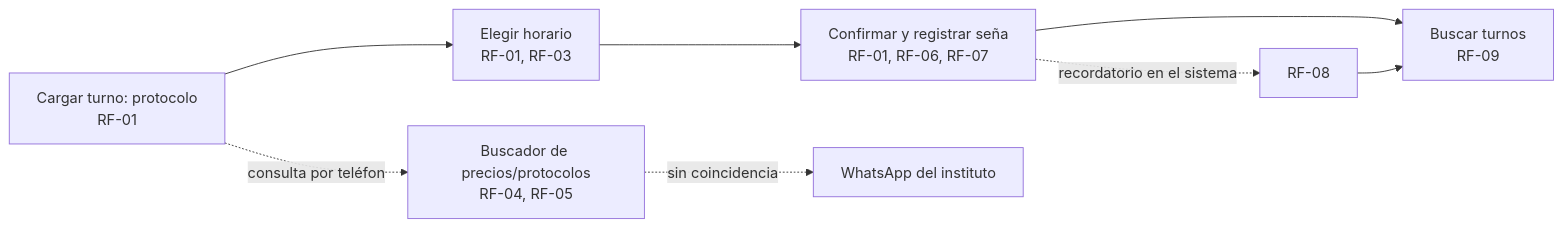
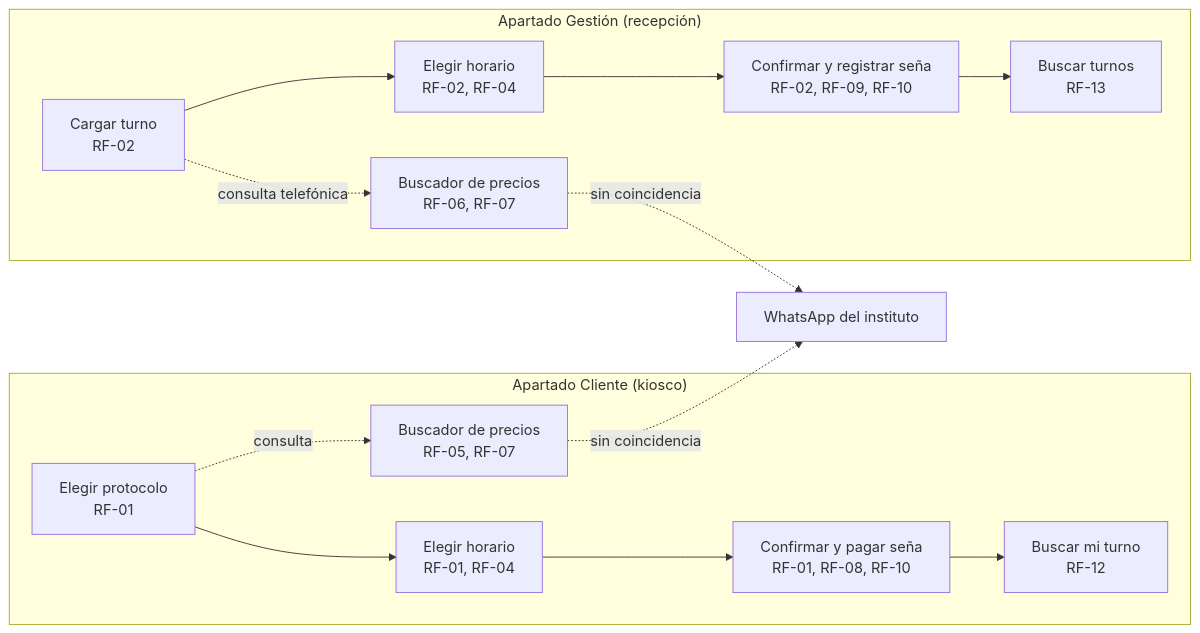
Before and after one commit to sant1jmnz/Proyect-Berea-Clovis-Sanchez: the diagram in docs/05-maquetado.md, drawn with Mermaid. The commit also changed other lines of this file and 8 other files, not shown here.

````diff
--- a/docs/05-maquetado.md
+++ b/docs/05-maquetado.md
@@ -38,10 +40,17 @@
 ```mermaid
 flowchart LR
-    A[Cargar turno: protocolo<br/>RF-01] --> B[Elegir horario<br/>RF-01, RF-03]
-    B --> C[Confirmar y registrar seña<br/>RF-01, RF-06, RF-07]
-    C --> D[Buscar turnos<br/>RF-09]
-    A -.consulta por teléfono.-> E[Buscador de precios/protocolos<br/>RF-04, RF-05]
-    E -.sin coincidencia.-> F[WhatsApp del instituto]
-    C -.recordatorio en el sistema.-> G[RF-08]
-    G --> D
+    subgraph Cliente["Apartado Cliente (kiosco)"]
+        A1[Elegir protocolo<br/>RF-01] --> A2[Elegir horario<br/>RF-01, RF-04]
+        A2 --> A3[Confirmar y pagar seña<br/>RF-01, RF-08, RF-10]
+        A3 --> A4[Buscar mi turno<br/>RF-12]
+        A1 -.consulta.-> A5[Buscador de precios<br/>RF-05, RF-07]
+    end
+    subgraph Gestion["Apartado Gestión (recepción)"]
+        B1[Cargar turno<br/>RF-02] --> B2[Elegir horario<br/>RF-02, RF-04]
+        B2 --> B3[Confirmar y registrar seña<br/>RF-02, RF-09, RF-10]
+        B3 --> B4[Buscar turnos<br/>RF-13]
+        B1 -.consulta telefónica.-> B5[Buscador de precios<br/>RF-06, RF-07]
+    end
+    A5 -.sin coincidencia.-> WA[WhatsApp del instituto]
+    B5 -.sin coincidencia.-> WA
 ```
````
